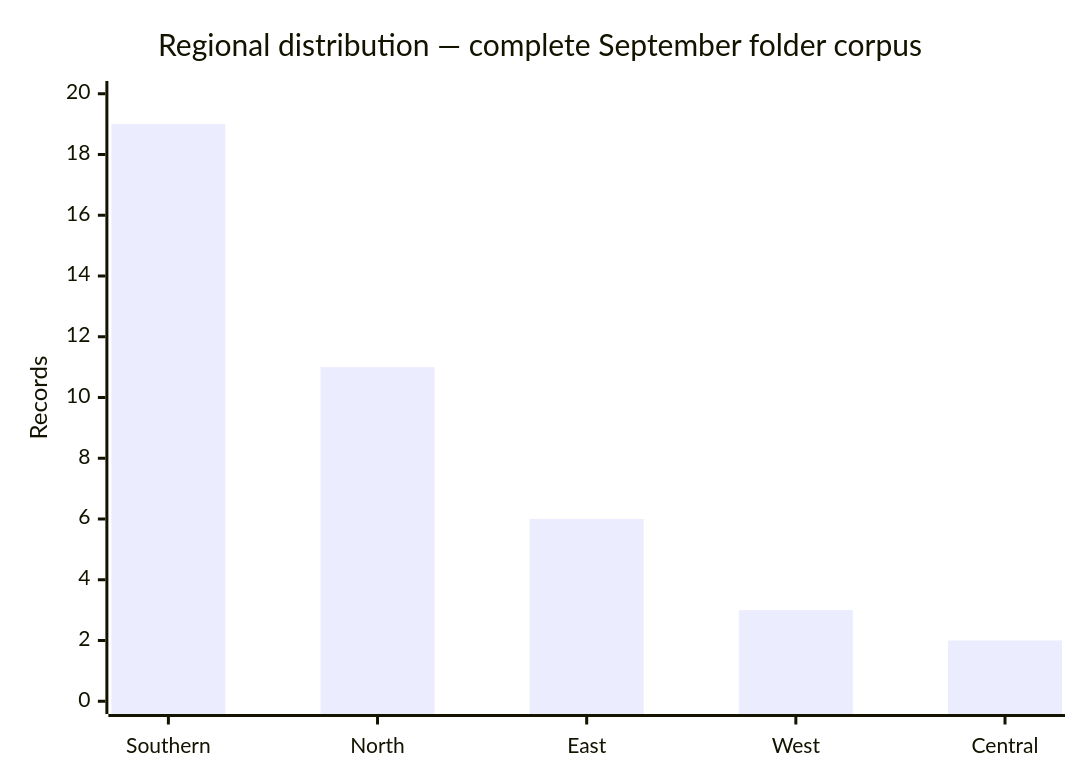
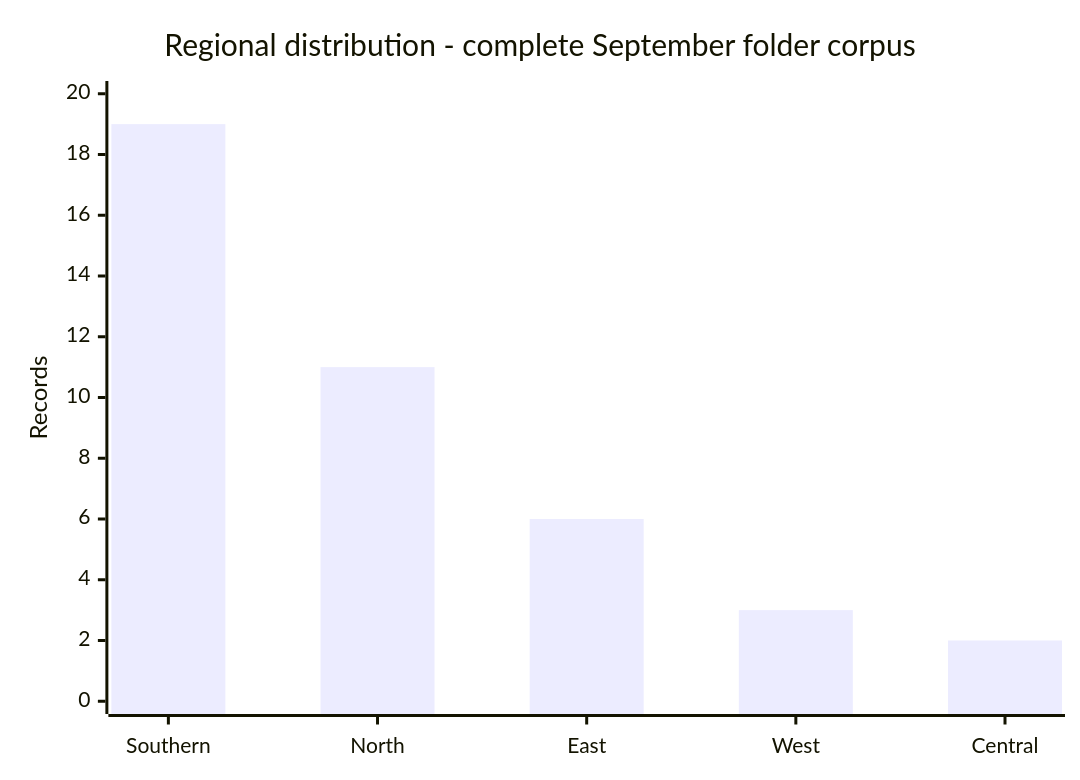
Before and after one commit to Hatchepsoute/AFRINTEL: the fifth of 10 diagrams in CyberAttackAfrica/2026/09-september/README.md, drawn with Mermaid. The commit also changed other lines of this file and 35 other files, not shown here.

````diff
--- a/CyberAttackAfrica/2026/09-september/README.md
+++ b/CyberAttackAfrica/2026/09-september/README.md
@@ -178,7 +178,7 @@
 ```mermaid
 xychart-beta
-    title "Regional distribution — complete September folder corpus"
+    title "Regional distribution  -  complete September folder corpus"
     x-axis [Southern, North, East, West, Central]
     y-axis "Records" 0 --> 20
     bar [19, 11, 6, 3, 2]
 ```
````
